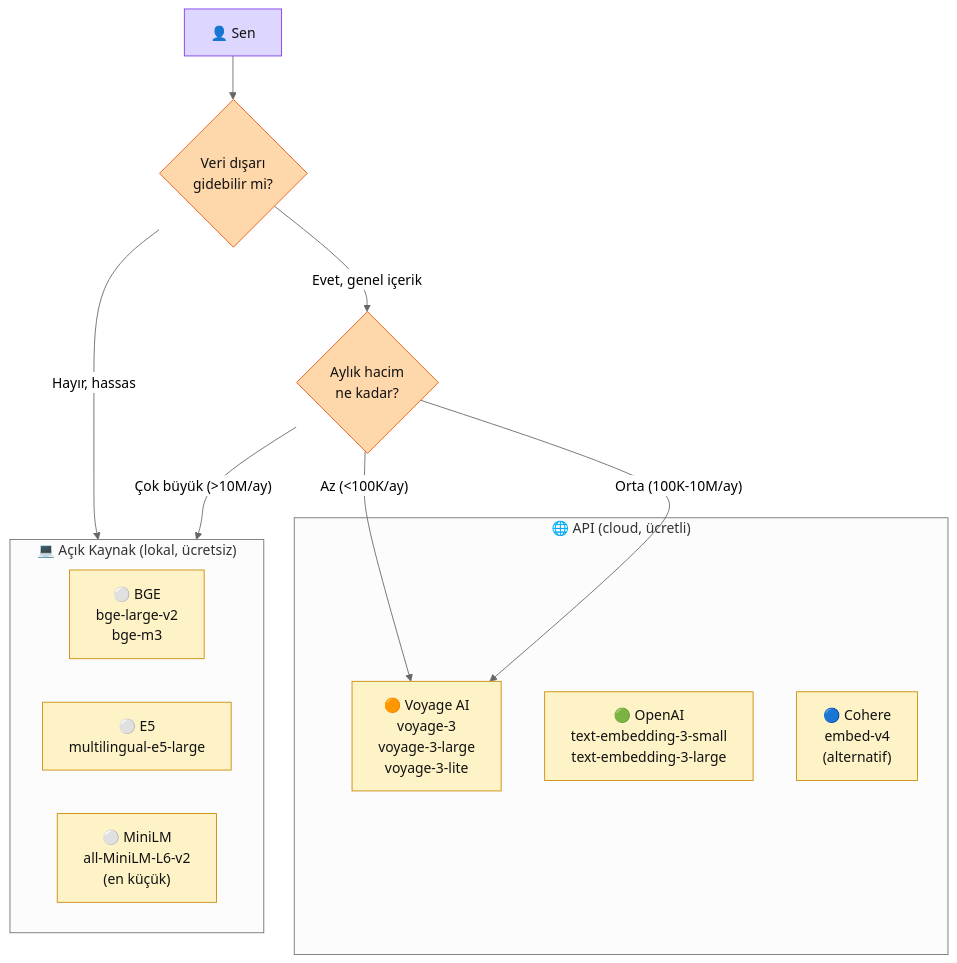
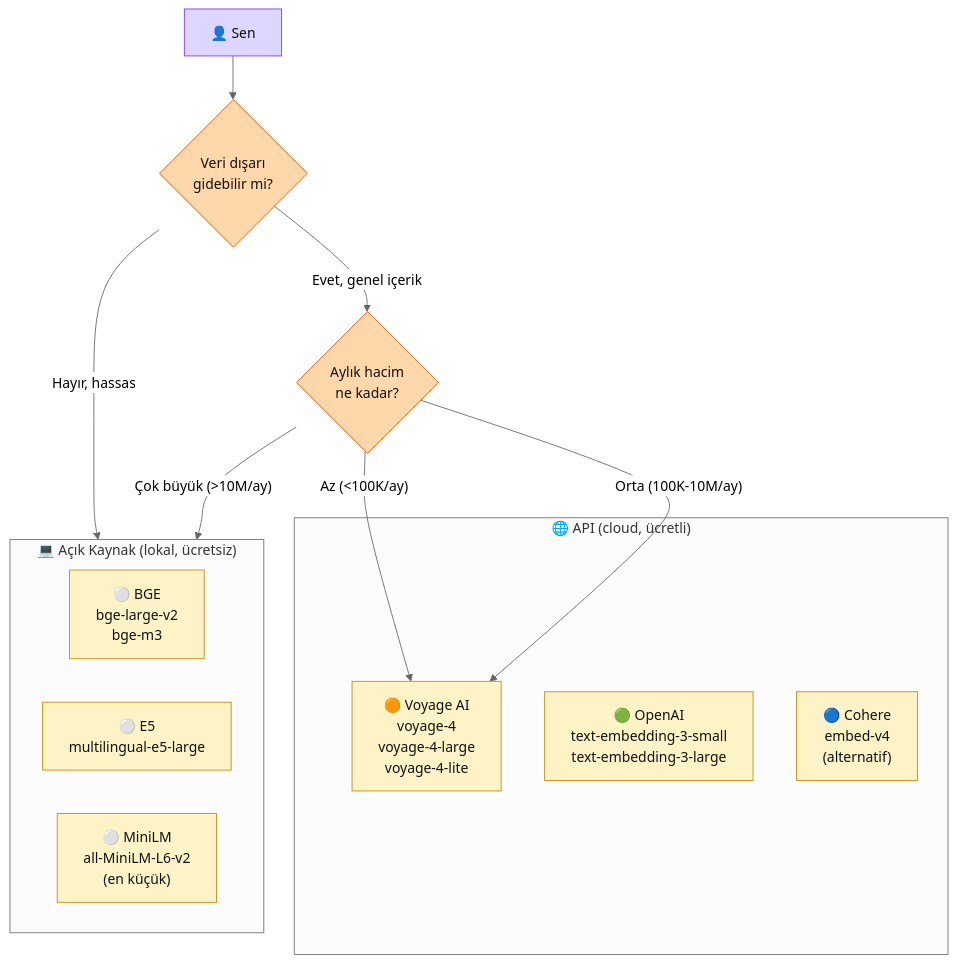
Before and after one commit to KemalG-u/muhendisal-platform: the diagram in docs/bolum-3/02-modeller.md, drawn with Mermaid (neutral theme). The commit also changed other lines of this file and 5 other files, not shown here.

````diff
--- a/docs/bolum-3/02-modeller.md
+++ b/docs/bolum-3/02-modeller.md
@@ -31,35 +31,35 @@
 ```mermaid
 flowchart TB
     subgraph API["🌐 API (cloud, ücretli)"]
-        V["🟠 Voyage AI\nvoyage-3\nvoyage-3-large\nvoyage-3-lite"]
+        V["🟠 Voyage AI\nvoyage-4\nvoyage-4-large\nvoyage-4-lite"]
         O["🟢 OpenAI\ntext-embedding-3-small\ntext-embedding-3-large"]
         C["🔵 Cohere\nembed-v4\n(alternatif)"]
     end
 
     subgraph LOCAL["💻 Açık Kaynak (lokal, ücretsiz)"]
         BGE["⚪ BGE\nbge-large-v2\nbge-m3"]
         E5["⚪ E5\nmultilingual-e5-large"]
         MINI["⚪ MiniLM\nall-MiniLM-L6-v2\n(en küçük)"]
     end
 
     USER["👤 Sen"]
     NET{"Veri dışarı\ngidebilir mi?"}
     VOL{"Aylık hacim\nne kadar?"}
 
     USER --> NET
     NET -->|"Evet, genel içerik"| VOL
     NET -->|"Hayır, hassas"| LOCAL
 
     VOL -->|"Az (<100K/ay)"| V
     VOL -->|"Orta (100K-10M/ay)"| V
     VOL -->|"Çok büyük (>10M/ay)"| LOCAL
 
     classDef api fill:#fef3c7,stroke:#ca8a04,color:#111
     classDef local fill:#fef3c7,stroke:#ca8a04,color:#111
     classDef user fill:#ddd6fe,stroke:#7c3aed,color:#111
     classDef dec fill:#fed7aa,stroke:#ea580c,color:#111
     class V,O,C api
     class BGE,E5,MINI local
     class USER user
     class NET,VOL dec
 ```
````
